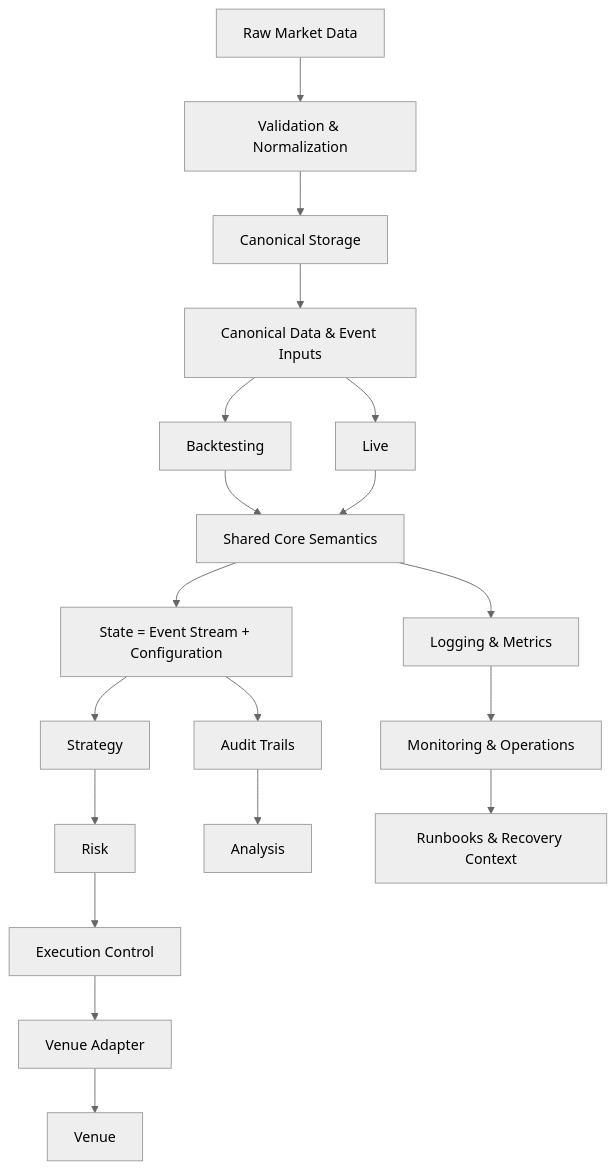
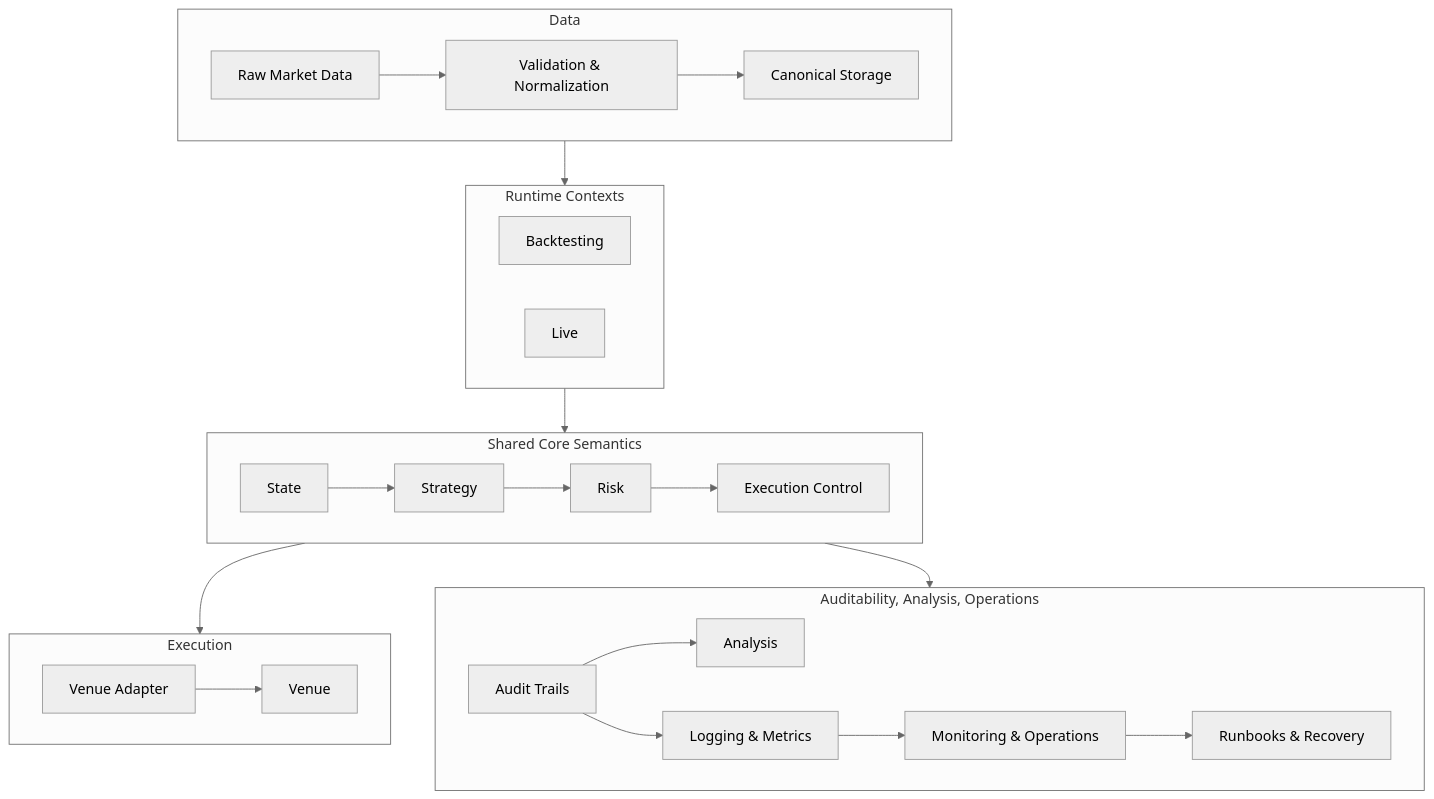
The diagram in profile/README.md (TradingChassis/.github), drawn with Mermaid (neutral theme) before and after one commit. The commit also changed other lines of this file, not shown here.

````diff
--- a/profile/README.md
+++ b/profile/README.md
@@ -78,25 +57,37 @@
 ```mermaid
 flowchart TD
-    A[Raw Market Data] --> B[Validation & Normalization]
-    B --> C[Canonical Storage]
-    C --> D[Canonical Data & Event Inputs]
+    subgraph DATA[Data]
+        A[Raw Market Data] --> B[Validation & Normalization]
+        B --> C[Canonical Storage]
+    end
 
-    D --> F[Backtesting]
-    D --> G[Live]
+    subgraph RUNTIME[Runtime Contexts]
+        F[Backtesting]
+        G[Live]
+    end
 
-    F --> H[Shared Core Semantics]
-    G --> H
+    subgraph CORE[Shared Core Semantics]
+        I[State]
+        I --> K[Strategy]
+        K --> M[Risk]
+        M --> N[Execution Control]
+    end
 
-    H --> I[State = Event Stream + Configuration]
-    I --> K[Strategy]
-    K --> M[Risk]
-    M --> N[Execution Control]
-    N --> O[Venue Adapter]
-    O --> P[Venue]
+    subgraph EXECUTION[Execution]
+        O[Venue Adapter]
+        O --> P[Venue]
+    end
 
-    I --> Q[Audit Trails]
-    Q --> R[Analysis]
-    H --> S[Logging & Metrics]
-    S --> T[Monitoring & Operations]
-    T --> U[Runbooks & Recovery Context]
+    subgraph OBSERVABILITY[Auditability, Analysis, Operations]
+        Q[Audit Trails]
+        Q --> R[Analysis]
+        Q --> S[Logging & Metrics]
+        S --> T[Monitoring & Operations]
+        T --> U[Runbooks & Recovery]
+    end
+
+    DATA --> RUNTIME
+    RUNTIME --> CORE
+    CORE --> EXECUTION
+    CORE --> OBSERVABILITY
 ```
````
